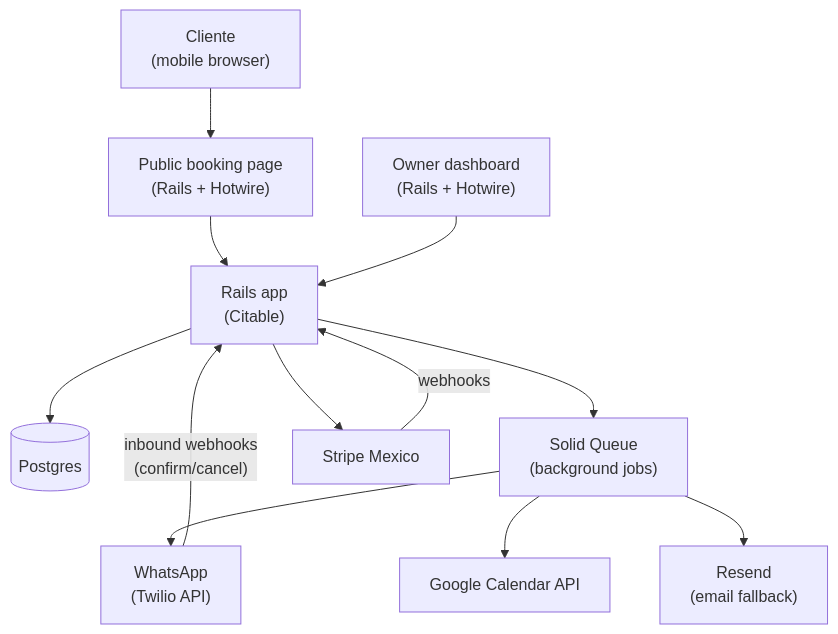
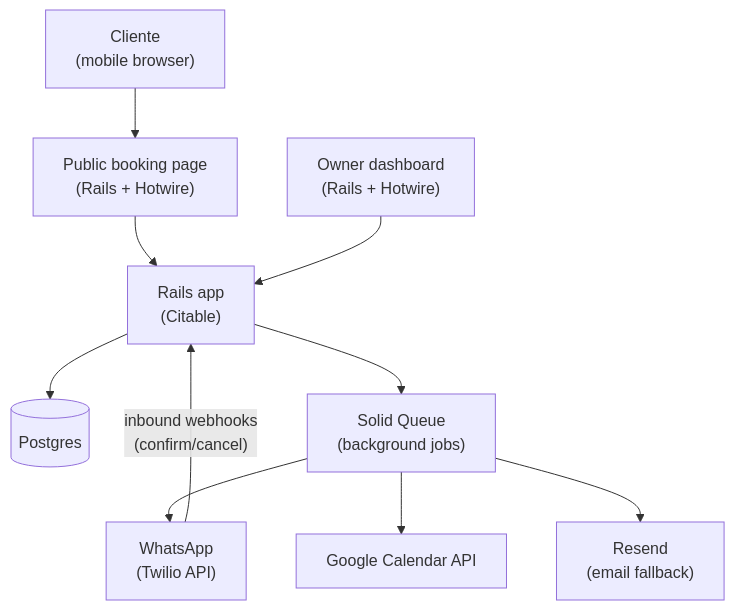
Before and after one commit to Jolel/citable: the first of 3 diagrams in 2026-04-17-whatsapp-booking-mx-design.md, drawn with Mermaid. The commit also changed other lines of this file and 21 other files, not shown here.

````diff
--- a/2026-04-17-whatsapp-booking-mx-design.md
+++ b/2026-04-17-whatsapp-booking-mx-design.md
@@ -57,25 +57,22 @@
 ```mermaid
 flowchart TD
     Client["Cliente<br/>(mobile browser)"]
     Public["Public booking page<br/>(Rails + Hotwire)"]
     WA["WhatsApp<br/>(Twilio API)"]
     Owner["Owner dashboard<br/>(Rails + Hotwire)"]
     App["Rails app<br/>(Citable)"]
     DB[("Postgres")]
     Queue["Solid Queue<br/>(background jobs)"]
     Google["Google Calendar API"]
-    Stripe["Stripe Mexico"]
     Email["Resend<br/>(email fallback)"]
 
     Client --> Public
     Public --> App
     Owner --> App
     App --> DB
     App --> Queue
     Queue --> WA
     Queue --> Google
     Queue --> Email
     WA -->|"inbound webhooks<br/>(confirm/cancel)"| App
-    App --> Stripe
-    Stripe -->|"webhooks"| App
 ```
````
